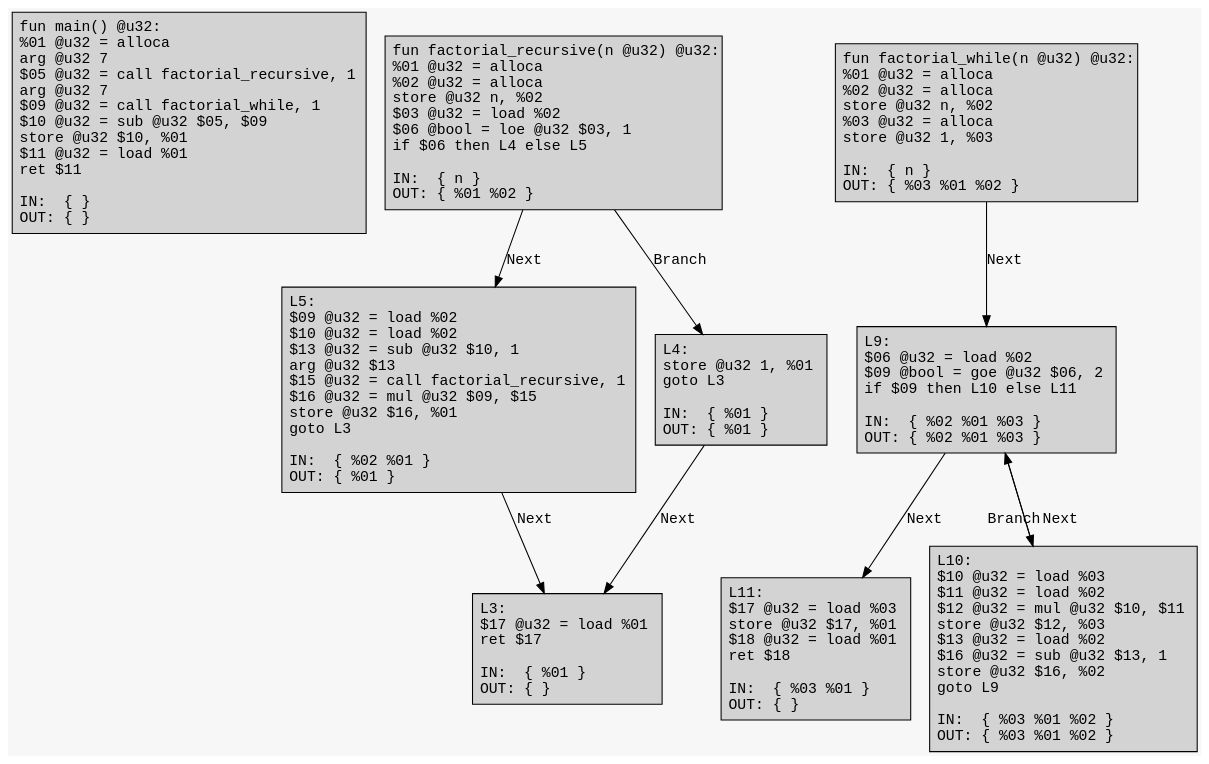
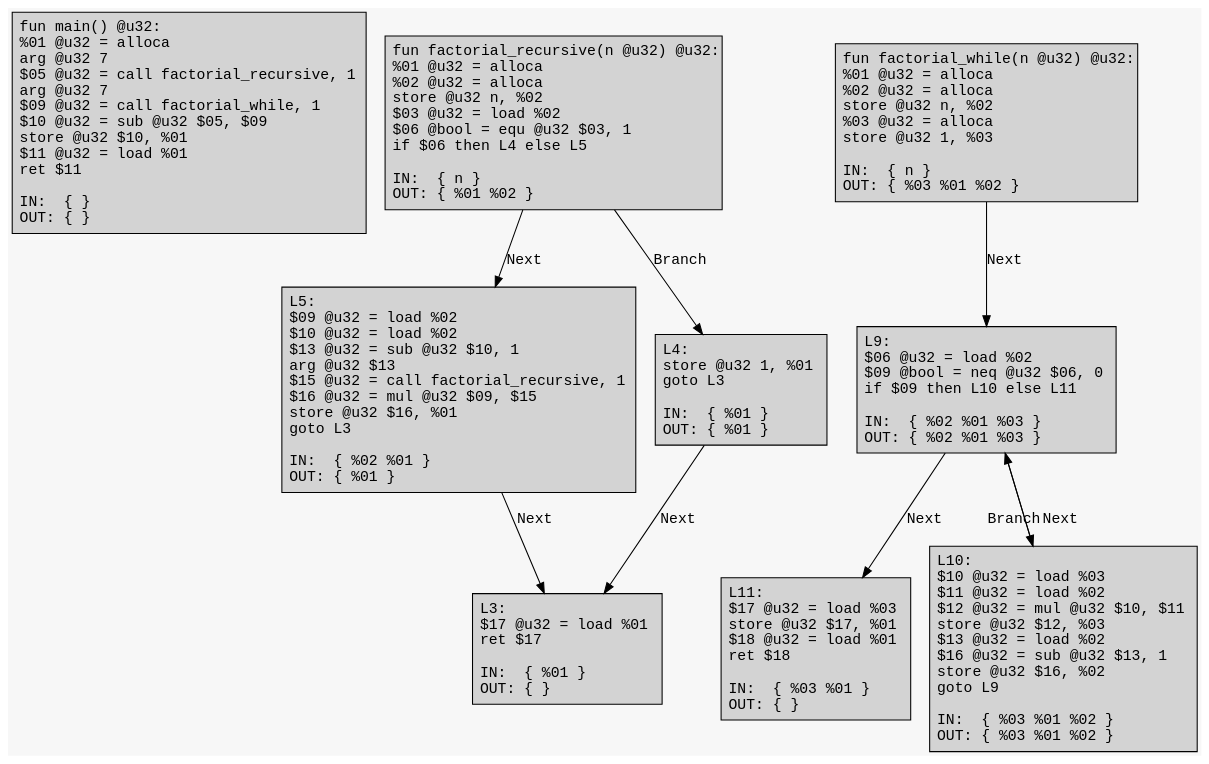
Before and after one commit to ArkoiSystems/arkoi_language: the diagram in example/factorial/factorial.dot, drawn with Graphviz. The commit also changed 7 other files, not shown here.

```diff
--- a/example/factorial/factorial.dot
+++ b/example/factorial/factorial.dot
@@ -1,25 +1,25 @@
 digraph CFG {
 	graph [fontname = "Monospace"];
 	node  [fontname = "Monospace", shape=box, style=filled, margin=0.1];
 	edge  [fontname = "Monospace"];
 	bgcolor = "#f7f7f7";
 	splines = false;
 
 	L0 [label="fun main() @u32:\l %01 @u32 = alloca\l arg @u32 7\l $05 @u32 = call factorial_recursive, 1\l arg @u32 7\l $09 @u32 = call factorial_while, 1\l $10 @u32 = sub @u32 $05, $09\l store @u32 $10, %01\l $11 @u32 = load %01\l ret $11\l\lIN:  { }\lOUT: { }\l"];
-	L2 [label="fun factorial_recursive(n @u32) @u32:\l %01 @u32 = alloca\l %02 @u32 = alloca\l store @u32 n, %02\l $03 @u32 = load %02\l $06 @bool = loe @u32 $03, 1\l if $06 then L4 else L5\l\lIN:  { n }\lOUT: { %01 %02 }\l"];
+	L2 [label="fun factorial_recursive(n @u32) @u32:\l %01 @u32 = alloca\l %02 @u32 = alloca\l store @u32 n, %02\l $03 @u32 = load %02\l $06 @bool = equ @u32 $03, 1\l if $06 then L4 else L5\l\lIN:  { n }\lOUT: { %01 %02 }\l"];
 	L2 -> L5 [label="Next"];
 	L2 -> L4 [label="Branch"];
 	L5 [label="L5:\l $09 @u32 = load %02\l $10 @u32 = load %02\l $13 @u32 = sub @u32 $10, 1\l arg @u32 $13\l $15 @u32 = call factorial_recursive, 1\l $16 @u32 = mul @u32 $09, $15\l store @u32 $16, %01\l goto L3\l\lIN:  { %02 %01 }\lOUT: { %01 }\l"];
 	L5 -> L3 [label="Next"];
 	L4 [label="L4:\l store @u32 1, %01\l goto L3\l\lIN:  { %01 }\lOUT: { %01 }\l"];
 	L4 -> L3 [label="Next"];
 	L3 [label="L3:\l $17 @u32 = load %01\l ret $17\l\lIN:  { %01 }\lOUT: { }\l"];
 	L7 [label="fun factorial_while(n @u32) @u32:\l %01 @u32 = alloca\l %02 @u32 = alloca\l store @u32 n, %02\l %03 @u32 = alloca\l store @u32 1, %03\l\lIN:  { n }\lOUT: { %03 %01 %02 }\l"];
 	L7 -> L9 [label="Next"];
-	L9 [label="L9:\l $06 @u32 = load %02\l $09 @bool = goe @u32 $06, 2\l if $09 then L10 else L11\l\lIN:  { %02 %01 %03 }\lOUT: { %02 %01 %03 }\l"];
+	L9 [label="L9:\l $06 @u32 = load %02\l $09 @bool = neq @u32 $06, 0\l if $09 then L10 else L11\l\lIN:  { %02 %01 %03 }\lOUT: { %02 %01 %03 }\l"];
 	L9 -> L11 [label="Next"];
 	L9 -> L10 [label="Branch"];
 	L10 [label="L10:\l $10 @u32 = load %03\l $11 @u32 = load %02\l $12 @u32 = mul @u32 $10, $11\l store @u32 $12, %03\l $13 @u32 = load %02\l $16 @u32 = sub @u32 $13, 1\l store @u32 $16, %02\l goto L9\l\lIN:  { %03 %01 %02 }\lOUT: { %03 %01 %02 }\l"];
 	L10 -> L9 [label="Next"];
 	L11 [label="L11:\l $17 @u32 = load %03\l store @u32 $17, %01\l $18 @u32 = load %01\l ret $18\l\lIN:  { %03 %01 }\lOUT: { }\l"];
 }
```
